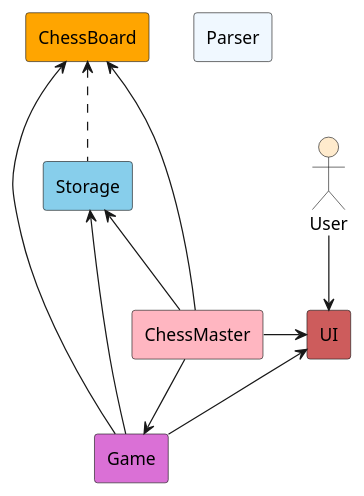
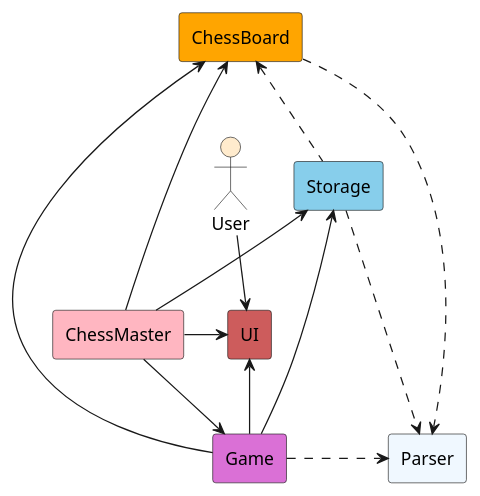
One commit to onx001/tp changed the diagram in docs/diagrams/OverallArchitecture.puml. Above: the diagram before and after it, drawn with PlantUML.

Commit message:
Update architecture diagram

```diff
--- a/docs/diagrams/OverallArchitecture.puml
+++ b/docs/diagrams/OverallArchitecture.puml
@@ -1,24 +1,28 @@
 @startuml OverallArchitecture
 
 rectangle ChessMaster as chessMaster #LightPink
 rectangle Parser as parser #AliceBlue
 rectangle Game as game #Orchid
 rectangle UI as ui #IndianRed
 rectangle Storage as storage #SkyBlue
 rectangle ChessBoard as board #Orange
 actor User as user #BlanchedAlmond
 
 user -d-> ui
 
 chessMaster -r-> ui
 chessMaster -d-> game
 chessMaster -u-> storage
 chessMaster -u-> board
 
 game -> storage
 game -u-> board
 game -u-> ui
 
 storage .up.> board
 
+game .right.> parser
+storage .> parser
+board .> parser
+
 @enduml
```
